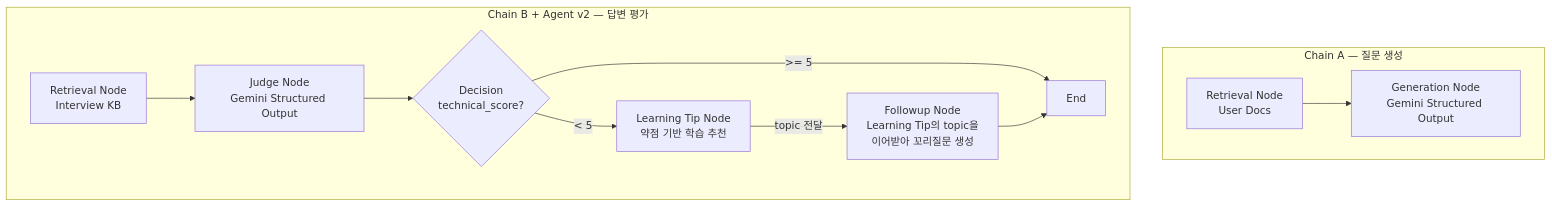
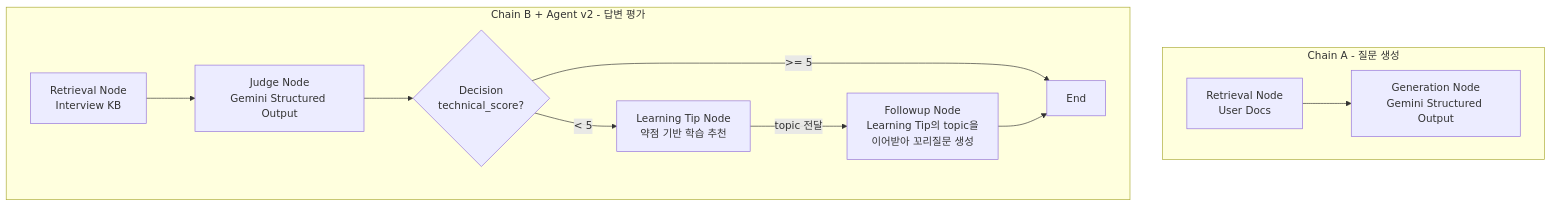
Before and after one commit to jiyoung720/ai-interview-coach: the diagram in README.md, drawn with Mermaid. The commit also changed other lines of this file and 3 other files, not shown here.

````diff
--- a/README.md
+++ b/README.md
@@ -59,14 +59,14 @@
 ```mermaid
 flowchart TB
-    subgraph ChainA["Chain A — 질문 생성"]
+    subgraph ChainA["Chain A - 질문 생성"]
         A1[Retrieval Node<br/>User Docs] --> A2[Generation Node<br/>Gemini Structured Output]
     end
-    subgraph ChainB["Chain B + Agent v2 — 답변 평가"]
+    subgraph ChainB["Chain B + Agent v2 - 답변 평가"]
         B1[Retrieval Node<br/>Interview KB] --> B2[Judge Node<br/>Gemini Structured Output]
         B2 --> BD{Decision<br/>technical_score?}
         BD -->|"< 5"| B3[Learning Tip Node<br/>약점 기반 학습 추천]
         B3 -->|"topic 전달"| B5[Followup Node<br/>Learning Tip의 topic을<br/>이어받아 꼬리질문 생성]
         BD -->|">= 5"| B4[End]
         B5 --> B4
     end
 ```
````
